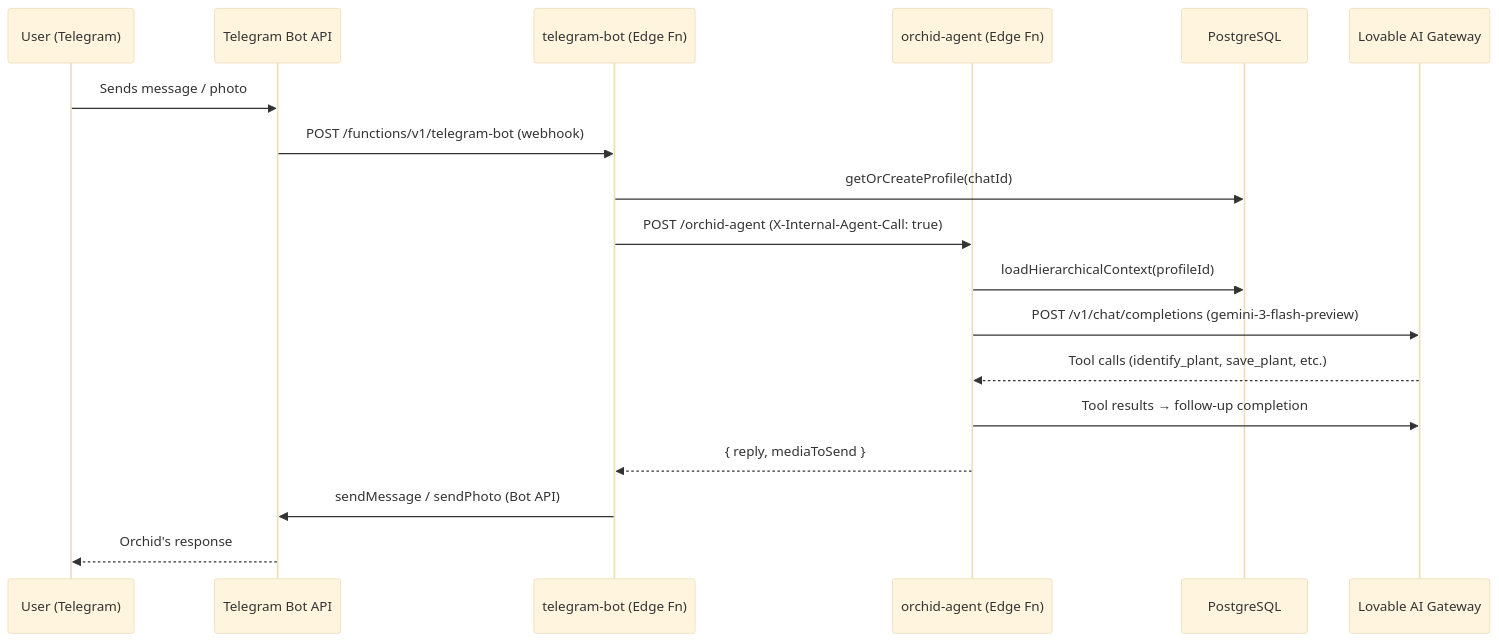
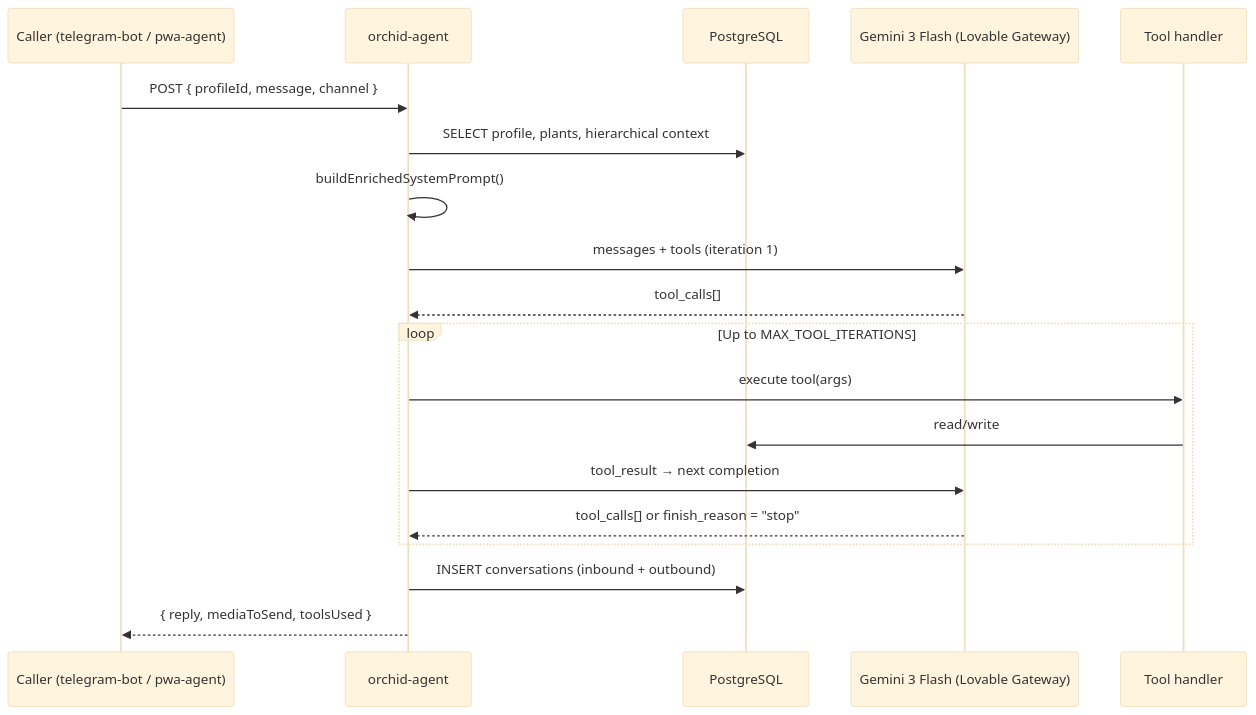
The second of 5 diagrams in docs/TECHNICAL_REPORT.md (masudl-hub/orchidcare), drawn with Mermaid (base theme) before and after one commit. The commit also changed other lines of this file and 1 other file, not shown here.

````diff
--- a/docs/TECHNICAL_REPORT.md
+++ b/docs/TECHNICAL_REPORT.md
@@ -176,21 +169,22 @@
 ```mermaid
 sequenceDiagram
-    participant U as User (Telegram)
-    participant TG as Telegram Bot API
-    participant TB as telegram-bot (Edge Fn)
-    participant OA as orchid-agent (Edge Fn)
+    participant Caller as Caller (telegram-bot / pwa-agent)
+    participant OA as orchid-agent
     participant DB as PostgreSQL
-    participant AI as Lovable AI Gateway
+    participant AI as Gemini 3 Flash (Lovable Gateway)
+    participant Tool as Tool handler
 
-    U->>TG: Sends message / photo
-    TG->>TB: POST /functions/v1/telegram-bot (webhook)
-    TB->>DB: getOrCreateProfile(chatId)
-    TB->>OA: POST /orchid-agent (X-Internal-Agent-Call: true)
-    OA->>DB: loadHierarchicalContext(profileId)
-    OA->>AI: POST /v1/chat/completions (gemini-3-flash-preview)
-    AI-->>OA: Tool calls (identify_plant, save_plant, etc.)
-    OA->>AI: Tool results → follow-up completion
-    OA-->>TB: { reply, mediaToSend }
-    TB->>TG: sendMessage / sendPhoto (Bot API)
-    TG-->>U: Orchid's response
+    Caller->>OA: POST { profileId, message, channel }
+    OA->>DB: SELECT profile, plants, hierarchical context
+    OA->>OA: buildEnrichedSystemPrompt()
+    OA->>AI: messages + tools (iteration 1)
+    AI-->>OA: tool_calls[]
+    loop Up to MAX_TOOL_ITERATIONS
+        OA->>Tool: execute tool(args)
+        Tool->>DB: read/write
+        OA->>AI: tool_result → next completion
+        AI-->>OA: tool_calls[] or finish_reason = "stop"
+    end
+    OA->>DB: INSERT conversations (inbound + outbound)
+    OA-->>Caller: { reply, mediaToSend, toolsUsed }
 ```
````
